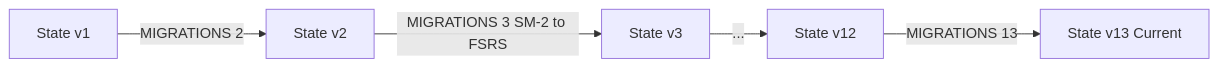
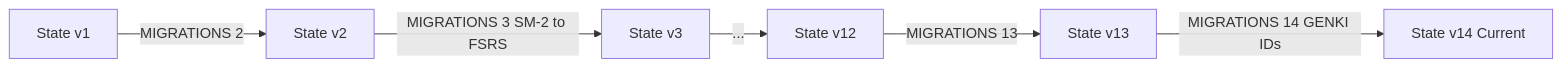
Before and after one commit to mootxed/Kitsune-GENKI: the diagram in docs/data/migrations.md, drawn with Mermaid. The commit also changed other lines of this file and 257 other files, not shown here.

````diff
--- a/docs/data/migrations.md
+++ b/docs/data/migrations.md
@@ -11,7 +11,8 @@
 ```mermaid
 graph LR
     V1[State v1] -->|MIGRATIONS 2| V2[State v2]
     V2 -->|MIGRATIONS 3 SM-2 to FSRS| V3[State v3]
     V3 -->|...| V12[State v12]
-    V12 -->|MIGRATIONS 13| V13[State v13 Current]
+    V12 -->|MIGRATIONS 13| V13[State v13]
+    V13 -->|MIGRATIONS 14 GENKI IDs| V14[State v14 Current]
 ```
````
